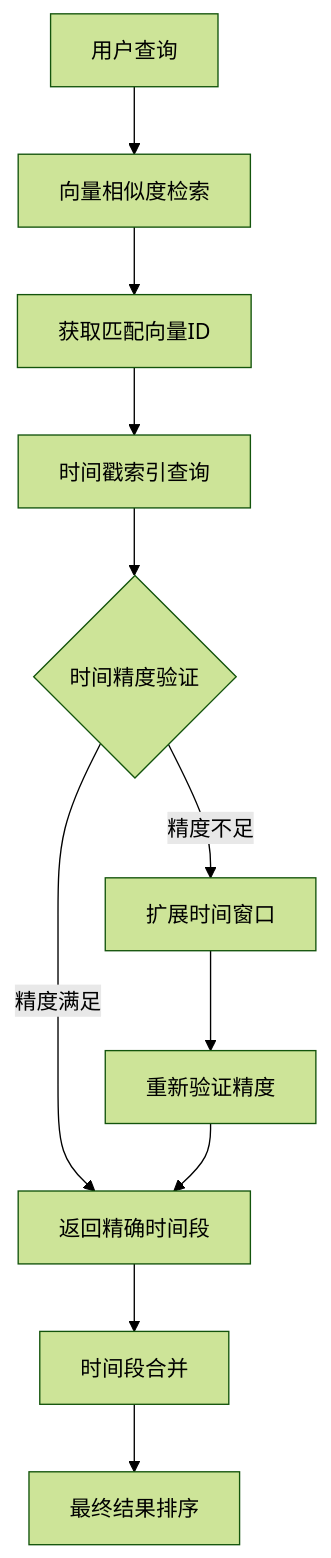
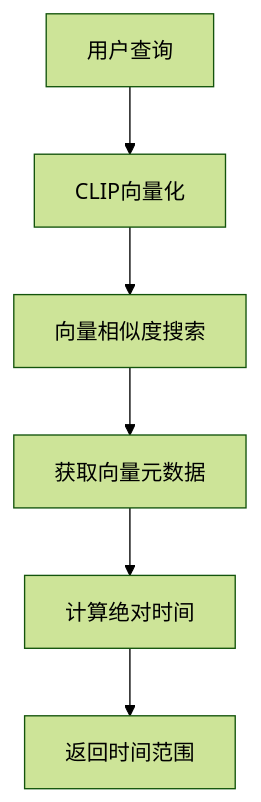
One commit to cr4342/msearch changed diagram 14 of 26 in docs/design.md. Above: the diagram before and after it, drawn with Mermaid (forest theme). The commit also changed other lines of this file and 32 other files, not shown here.

````diff
--- a/docs/design.md
+++ b/docs/design.md
@@ -1117,15 +1088,8 @@
 ```mermaid
 graph TB
-    A[用户查询] --> B[向量相似度检索]
-    B --> C[获取匹配向量ID]
-    C --> D[时间戳索引查询]
-    D --> E{时间精度验证}
-    
-    E -->|精度满足| F[返回精确时间段]
-    E -->|精度不足| G[扩展时间窗口]
-    G --> H[重新验证精度]
-    H --> F
-    
-    F --> I[时间段合并]
-    I --> J[最终结果排序]
+    A[用户查询] --> B[CLIP向量化]
+    B --> C[向量相似度搜索]
+    C --> D[获取向量元数据]
+    D --> E[计算绝对时间]
+    E --> F[返回时间范围]
 ```
````
